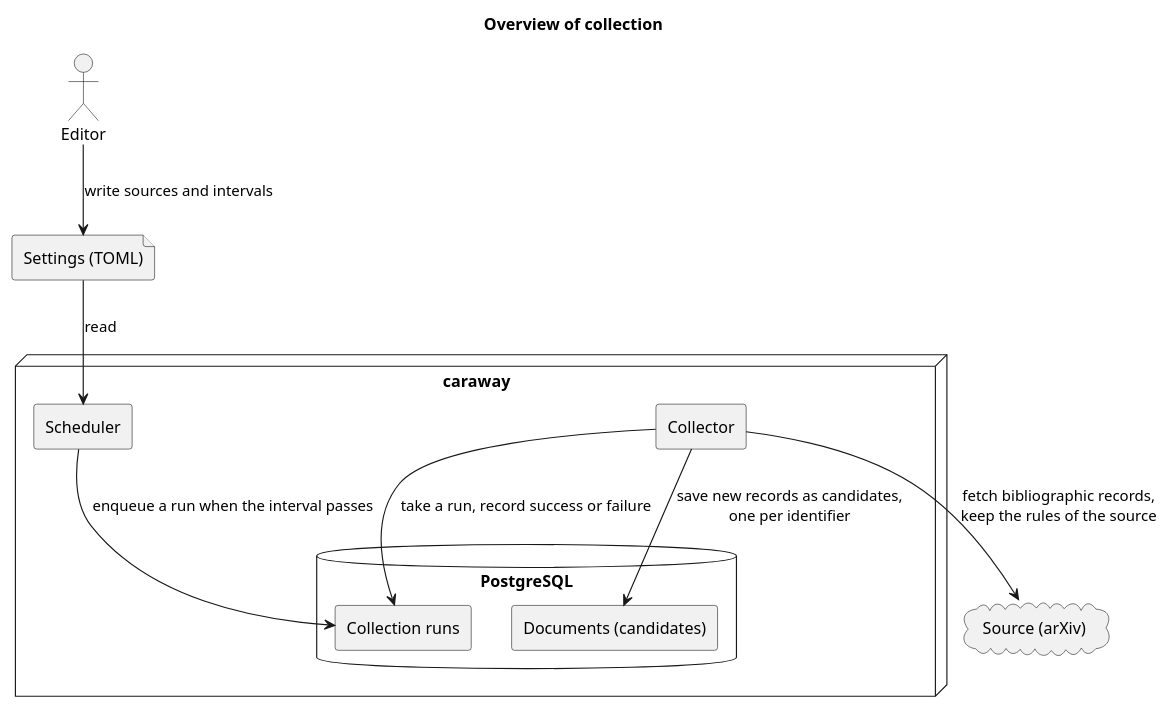
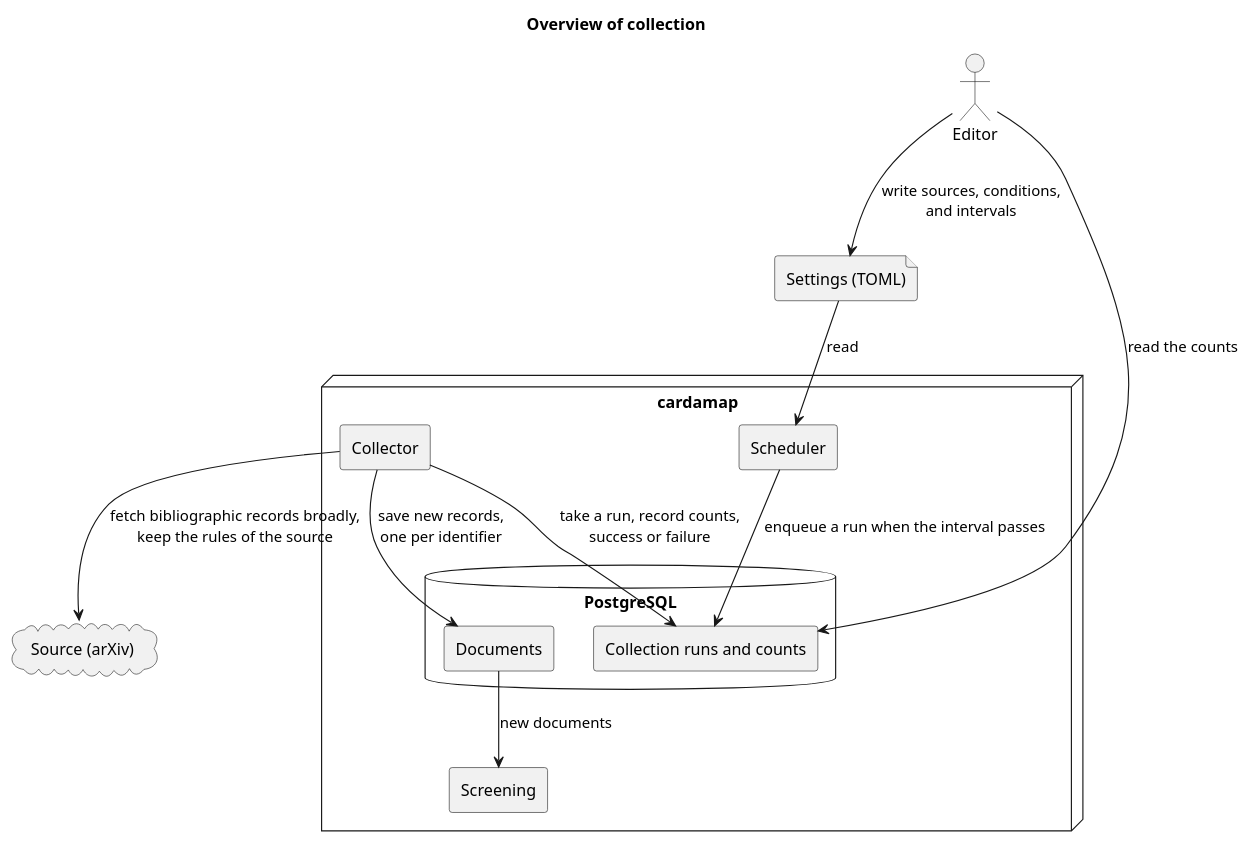
One commit to cloveclovedev/caraway changed the diagram in docs/ja/requirements/source/overview.puml. Above: the diagram before and after it, drawn with PlantUML. The commit also changed 21 other files, not shown here.

```diff
--- a/docs/ja/requirements/source/overview.puml
+++ b/docs/ja/requirements/source/overview.puml
@@ -1,25 +1,28 @@
 @startuml overview
 title Overview of collection
 skinparam shadowing false
 skinparam componentStyle rectangle
 
 actor "Editor" as editor
 file "Settings (TOML)" as settings
 cloud "Source (arXiv)" as source
 
-node "caraway" {
+node "cardamap" {
   [Scheduler] as scheduler
   [Collector] as collector
+  [Screening] as screening
   database "PostgreSQL" as db {
-    [Collection runs] as runs
-    [Documents (candidates)] as documents
+    [Collection runs and counts] as runs
+    [Documents] as documents
   }
 }
 
-editor --> settings : write sources and intervals
+editor --> settings : write sources, conditions,\nand intervals
 settings --> scheduler : read
 scheduler --> runs : enqueue a run when the interval passes
-collector --> runs : take a run, record success or failure
-collector --> source : fetch bibliographic records,\nkeep the rules of the source
-collector --> documents : save new records as candidates,\none per identifier
+collector --> runs : take a run, record counts,\nsuccess or failure
+collector --> source : fetch bibliographic records broadly,\nkeep the rules of the source
+collector --> documents : save new records,\none per identifier
+documents --> screening : new documents
+editor --> runs : read the counts
 @enduml
```
